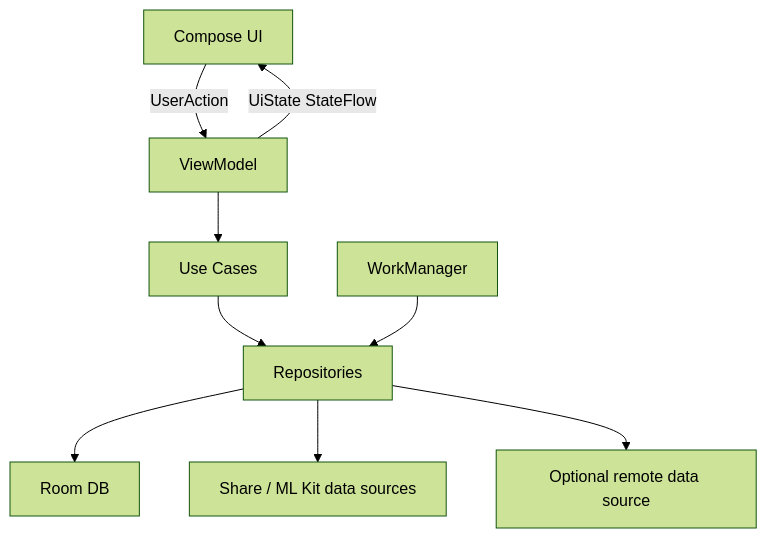
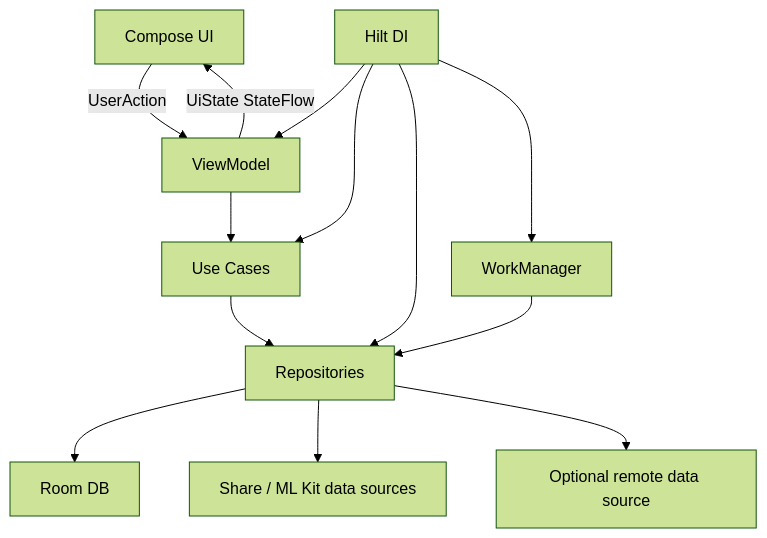
Before and after one commit to KamaTAEWOO/FridgeRescue: the first of 2 diagrams in docs/ANDROID_PLAN.md, drawn with Mermaid (forest theme). The commit also changed other lines of this file and 17 other files, not shown here.

Commit message:
리팩터링: Hilt와 Flow 기반 의존성 정리

````diff
--- a/docs/ANDROID_PLAN.md
+++ b/docs/ANDROID_PLAN.md
@@ -33,11 +33,15 @@
 ```mermaid
 flowchart TB
     UI[Compose UI] -->|UserAction| VM[ViewModel]
     VM -->|UiState StateFlow| UI
     VM --> UC[Use Cases]
+    HILT[Hilt DI] --> VM
+    HILT --> UC
+    HILT --> REPO
+    HILT --> WM
     UC --> REPO[Repositories]
     REPO --> DB[Room DB]
     REPO --> INTAKE[Share / ML Kit data sources]
     REPO --> SYNC[Optional remote data source]
     WM[WorkManager] --> REPO
 ```
````
